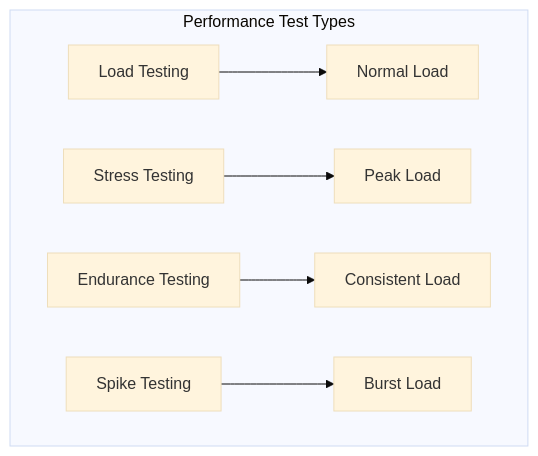
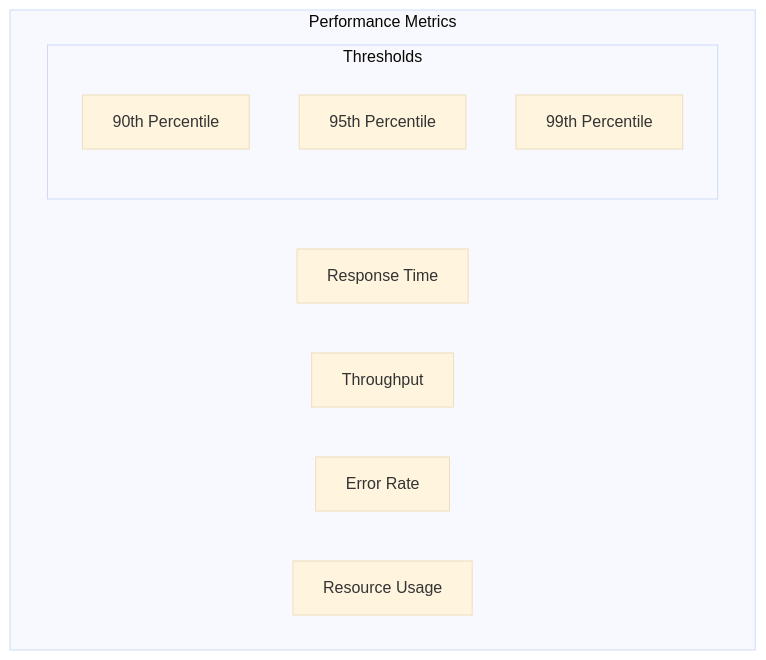
The fourth of 5 diagrams in src/Testing_Best_Practices.md (saravanakumarrc/Architecture_Journey), drawn with Mermaid (base theme) before and after one commit. The commit also changed other lines of this file and 4 other files, not shown here.

First line of the commit message:
Refactor Serverless Architecture Patterns and Testing Best Practices documentation

````diff
--- a/src/Testing_Best_Practices.md
+++ b/src/Testing_Best_Practices.md
@@ -214,9 +146,15 @@
 ```mermaid
 graph TB
-    subgraph "Performance Test Types"
-        L[Load Testing] --> N[Normal Load]
-        S[Stress Testing] --> P[Peak Load]
-        E[Endurance Testing] --> C[Consistent Load]
-        SP[Spike Testing] --> B[Burst Load]
+    subgraph "Performance Metrics"
+        RT[Response Time]
+        TH[Throughput]
+        ER[Error Rate]
+        RU[Resource Usage]
+        
+        subgraph "Thresholds"
+            P90[90th Percentile]
+            P95[95th Percentile]
+            P99[99th Percentile]
+        end
     end
 ```
````
